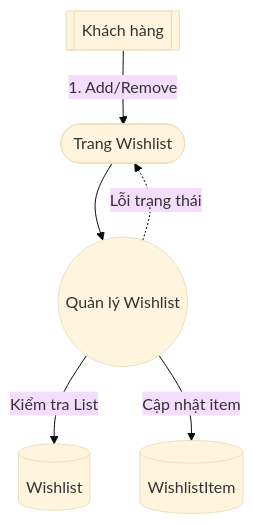
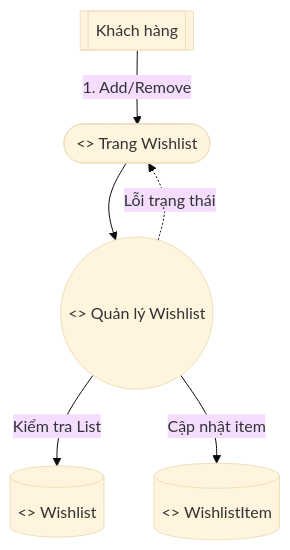
Before and after one commit to qhun22/qq: the third of 10 diagrams in README.md, drawn with Mermaid (base theme). The commit also changed other lines of this file, not shown here.

````diff
--- a/README.md
+++ b/README.md
@@ -109,16 +148,16 @@
 ```mermaid
 flowchart TD
   A_CUS[[Khách hàng]]
   
-  B_WISH([Trang Wishlist])
-  C_MAN_WISH((Quản lý Wishlist))
+  B_WISH([<<boundary>> Trang Wishlist])
+  C_MAN_WISH((<<control>> Quản lý Wishlist))
   
-  E_WISH[(Wishlist)]
-  E_WISH_ITEM[(WishlistItem)]
+  E_WISH[(<<entity>> Wishlist)]
+  E_WISH_ITEM[(<<entity>> WishlistItem)]
 
   A_CUS -->|1. Add/Remove| B_WISH
   B_WISH --> C_MAN_WISH
   C_MAN_WISH -->|Kiểm tra List| E_WISH
   C_MAN_WISH -->|Cập nhật item| E_WISH_ITEM
   C_MAN_WISH -.->|Lỗi trạng thái| B_WISH
 ```
````
